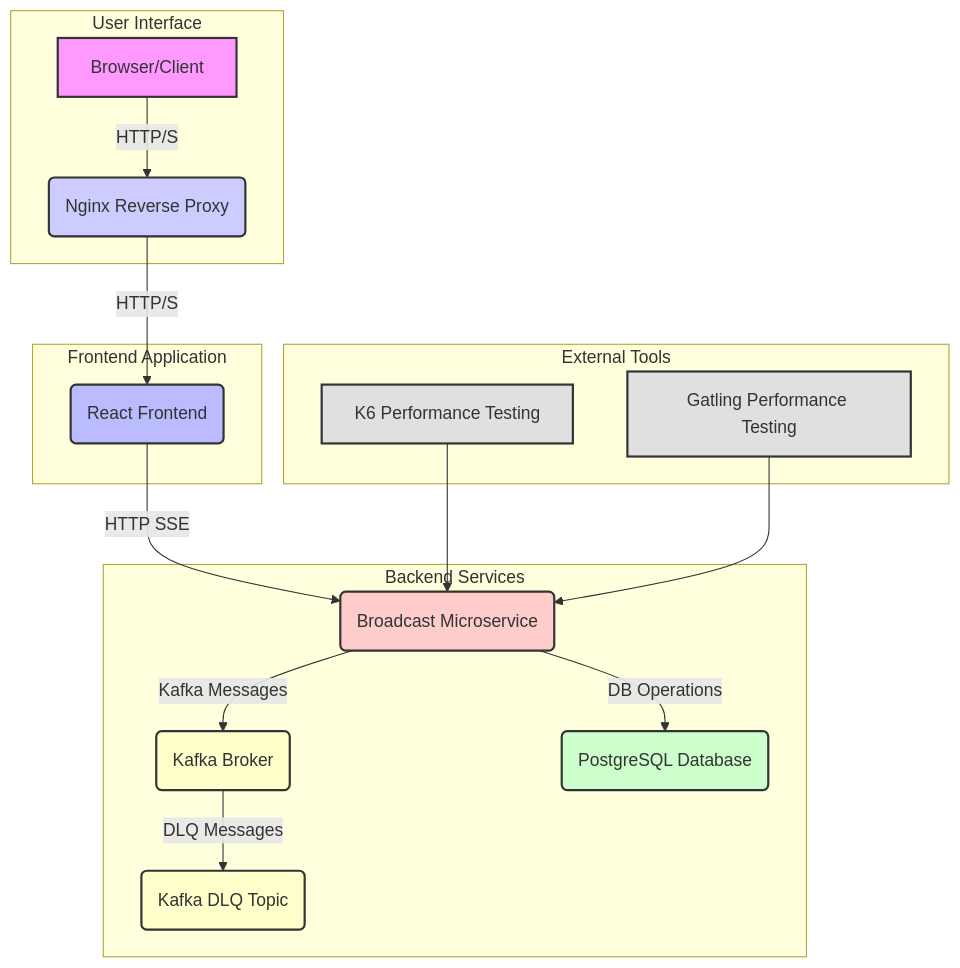
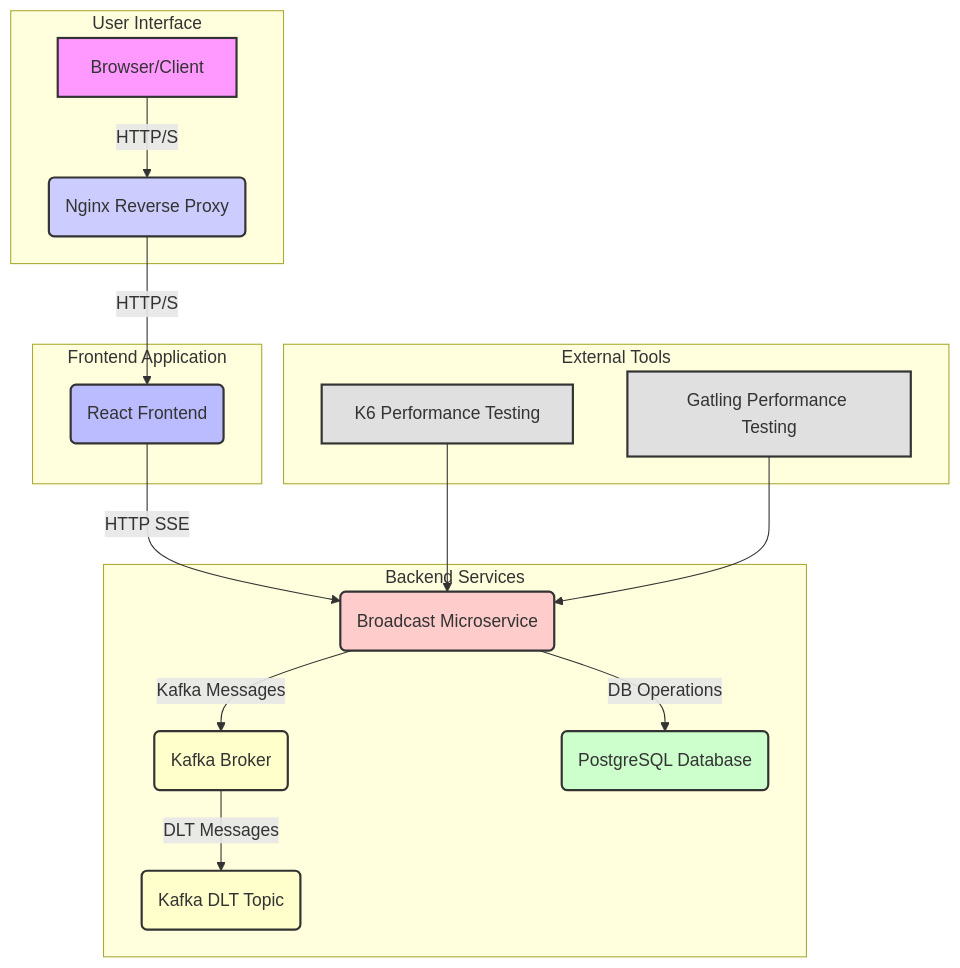
Before and after one commit to rsrini7/Notification-SSE-GLM-Flux: the third of 4 diagrams in README.md, drawn with Mermaid. The commit also changed other lines of this file and 6 other files, not shown here.

First line of the commit message:
refactor: rename DLQ to DLT across codebase and docs

````diff
--- a/README.md
+++ b/README.md
@@ -465,52 +465,52 @@
 ```mermaid
 graph TD
     subgraph "User Interface"
         A["Browser/Client"] -- "HTTP/S" --> B(Nginx Reverse Proxy)
     end
 
     subgraph "Frontend Application"
         B -- "HTTP/S" --> C(React Frontend)
         click C "https://github.com/rsrini7/Notification-SSE-GLM-Flux/blob/main/src/App.tsx"
     end
 
     subgraph "Backend Services"
         C -- "HTTP SSE" --> D(Broadcast Microservice)
         click D "https://github.com/rsrini7/Notification-SSE-GLM-Flux/blob/main/broadcast-microservice/src/main/java/com/example/broadcast/BroadcastApplication.java"
         D -- "Kafka Messages" --> E(Kafka Broker)
-        E -- "DLQ Messages" --> F(Kafka DLQ Topic)
+        E -- "DLT Messages" --> F(Kafka DLT Topic)
         D -- "DB Operations" --> G(PostgreSQL Database)
     end
 
     subgraph "External Tools"
         H[K6 Performance Testing] --> D
         I[Gatling Performance Testing] --> D
     end
 
     classDef client fill:#f9f,stroke:#333,stroke-width:2px;
     classDef proxy fill:#ccf,stroke:#333,stroke-width:2px;
     classDef frontend fill:#bbf,stroke:#333,stroke-width:2px;
     classDef backend fill:#fcc,stroke:#333,stroke-width:2px;
     classDef database fill:#cfc,stroke:#333,stroke-width:2px;
     classDef message_queue fill:#ffc,stroke:#333,stroke-width:2px;
     classDef testing_tool fill:#e0e0e0,stroke:#333,stroke-width:2px;
 
     A:::client
     B:::proxy
     C:::frontend
     D:::backend
     E:::message_queue
     F:::message_queue
     G:::database
     H:::testing_tool
     I:::testing_tool
 
     style A fill:#f9f,stroke:#333,stroke-width:2px
     style B fill:#ccf,stroke:#333,stroke-width:2px
     style C fill:#bbf,stroke:#333,stroke-width:2px
     style D fill:#fcc,stroke:#333,stroke-width:2px
     style E fill:#ffc,stroke:#333,stroke-width:2px
     style F fill:#ffc,stroke:#333,stroke-width:2px
     style G fill:#cfc,stroke:#333,stroke-width:2px
     style H fill:#e0e0e0,stroke:#333,stroke-width:2px
     style I fill:#e0e0e0,stroke:#333,stroke-width:2px
 ```
````
